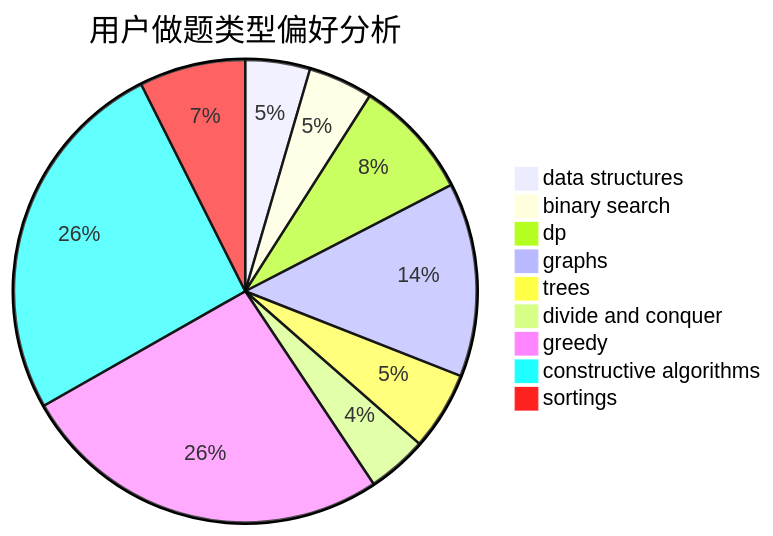
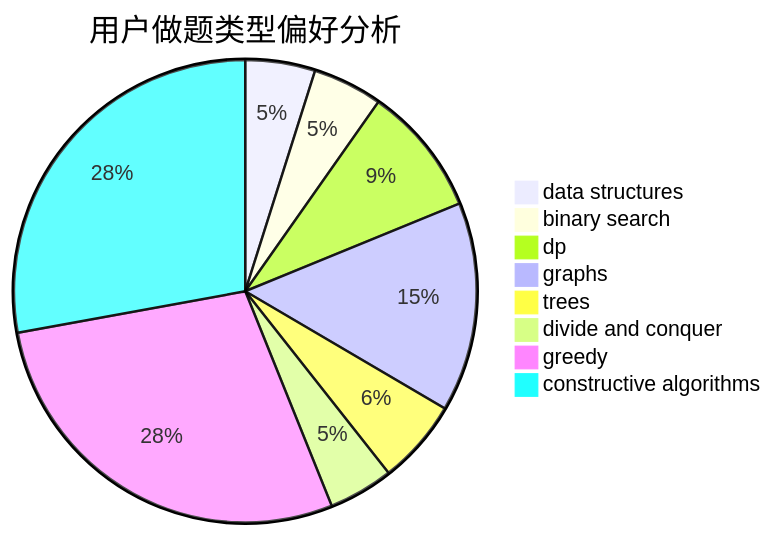
One commit to sherpahu/cfrs.github.io changed the second of 3 diagrams in docs/user/u380.md. Above: the diagram before and after it, drawn with Mermaid. The commit also changed other lines of this file and 2769 other files, not shown here.

````diff
--- a/docs/user/u380.md
+++ b/docs/user/u380.md
@@ -18,12 +18,11 @@
 ```mermaid
 pie title 用户做题类型偏好分析
     "data structures" :  14
     "binary search" :  14
     "dp" :  26
     "graphs" :  42
     "trees" :  17
     "divide and conquer" :  13
     "greedy" :  81
     "constructive algorithms" :  80
-    "sortings" :  23
 ```
````
